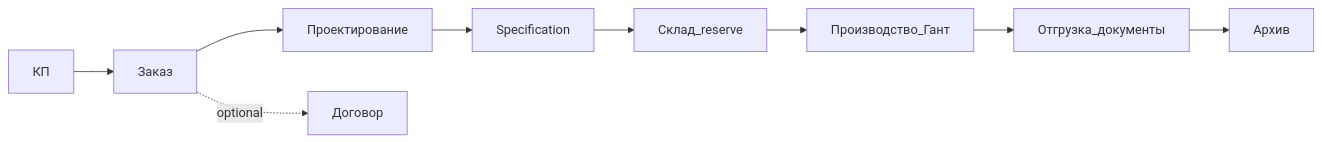
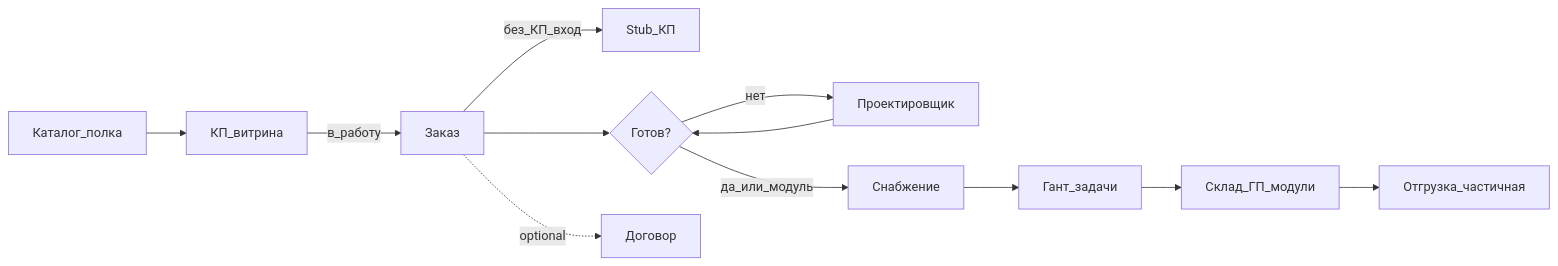
One commit to gostreetogle-create/kppdf-8.0 changed the second of 2 diagrams in docs/product-vision-lite.md. Above: the diagram before and after it, drawn with Mermaid. The commit also changed other lines of this file and 2 other files, not shown here.

Commit message:
docs(flow): canon KP→order→supply→Gantt→partial ship from PO narrative
Capture workshop sales-to-floor rails so catalog stays the shelf, KP holds deals, and readiness/supply gates are explicit before coding the next wave.

````diff
--- a/docs/product-vision-lite.md
+++ b/docs/product-vision-lite.md
@@ -81,11 +81,14 @@
 ```mermaid
 flowchart LR
-  KP[КП] --> ZAK[Заказ]
-  ZAK --> DES[Проектирование]
-  DES --> SPEC[Specification]
-  SPEC --> RES[Склад_reserve]
-  RES --> PROD[Производство_Гант]
-  PROD --> SHIP[Отгрузка_документы]
-  SHIP --> ARCH[Архив]
+  CAT[Каталог_полка] --> KP[КП_витрина]
+  KP -->|в_работу| ZAK[Заказ]
+  ZAK -->|без_КП_вход| KPStub[Stub_КП]
+  ZAK --> READY{Готов?}
+  READY -->|нет| DES[Проектировщик]
+  DES --> READY
+  READY -->|да_или_модуль| SUP[Снабжение]
+  SUP --> PROD[Гант_задачи]
+  PROD --> WH[Склад_ГП_модули]
+  WH --> SHIP[Отгрузка_частичная]
   ZAK -.->|optional| DOG[Договор]
 ```
````
